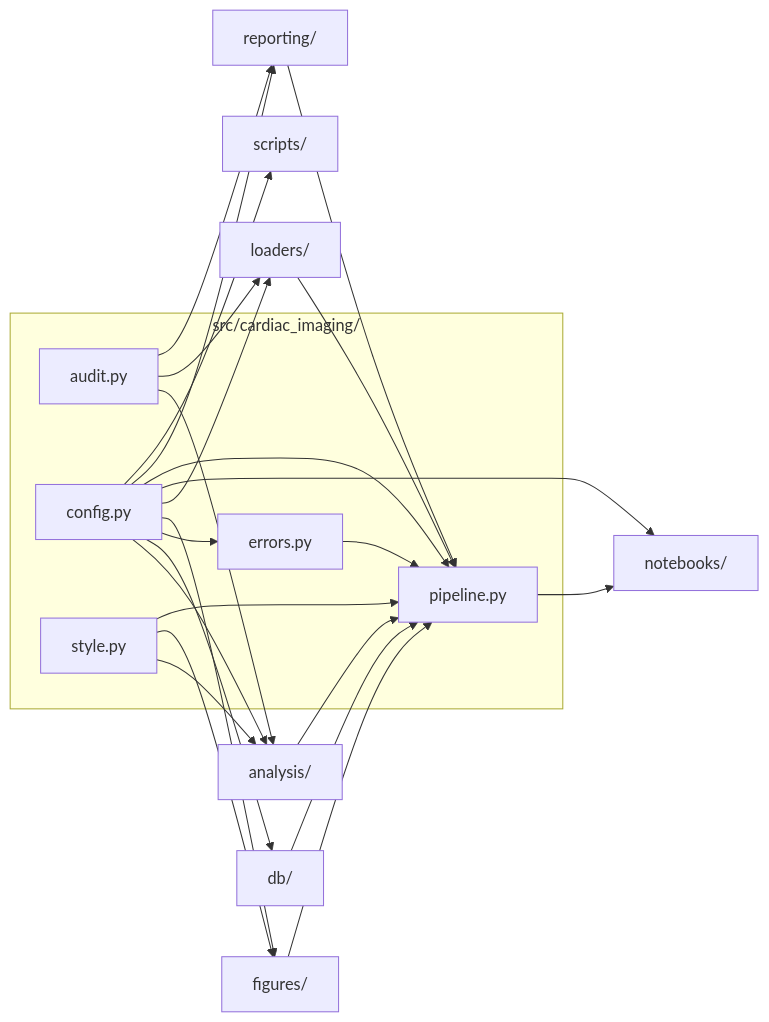
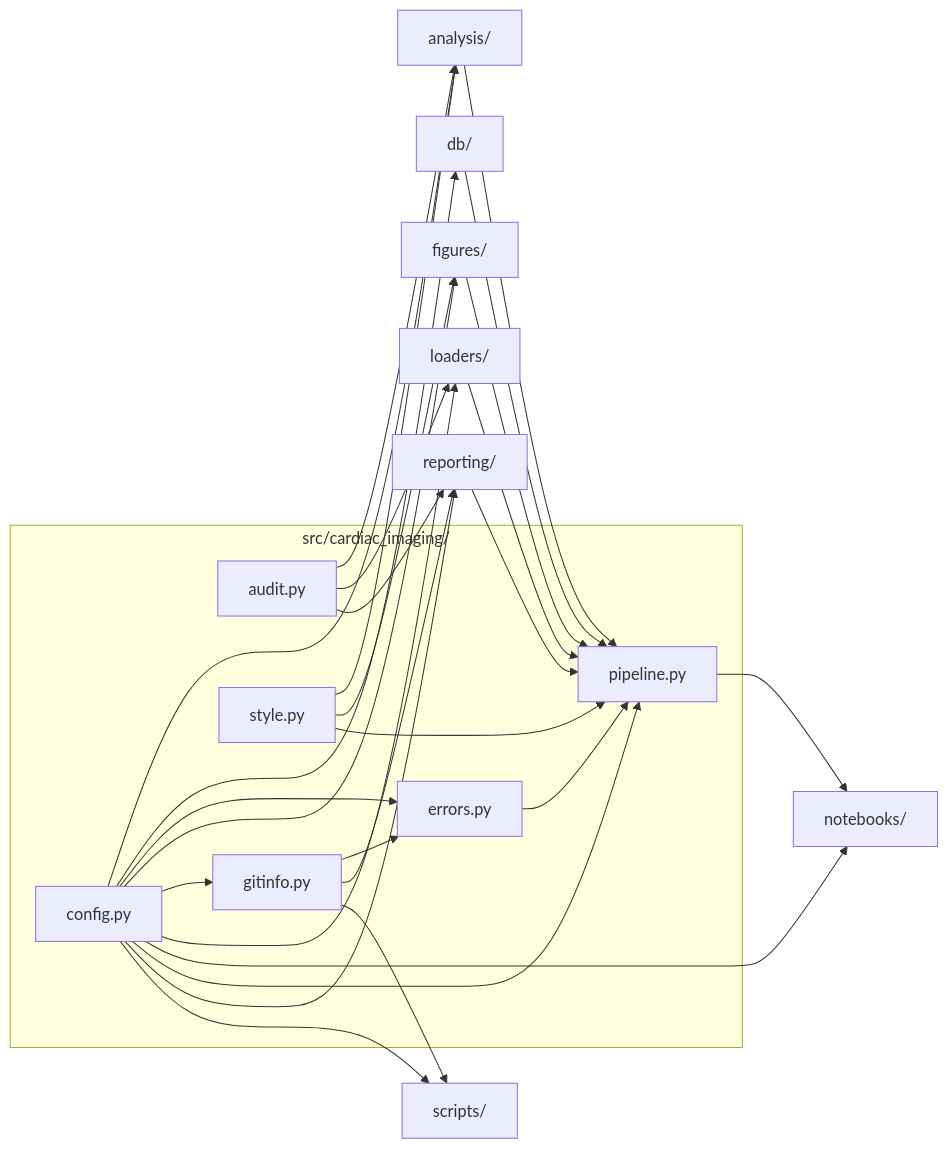
The diagram in src/cardiac_imaging/README.md (drsanjna/cardiac-imaging-medicare), drawn with Mermaid before and after one commit. The commit also changed other lines of this file and 16 other files, not shown here.

````diff
--- a/src/cardiac_imaging/README.md
+++ b/src/cardiac_imaging/README.md
@@ -11,39 +11,44 @@
 ```mermaid
 flowchart LR
   subgraph here["src/cardiac_imaging/"]
     n_audit_py["audit.py"]
     n_config_py["config.py"]
     n_errors_py["errors.py"]
+    n_gitinfo_py["gitinfo.py"]
     n_pipeline_py["pipeline.py"]
     n_style_py["style.py"]
   end
   n_analysis_["analysis/"]
   n_db_["db/"]
   n_figures_["figures/"]
   n_loaders_["loaders/"]
   n_notebooks_["notebooks/"]
   n_reporting_["reporting/"]
   n_scripts_["scripts/"]
   n_analysis_ --> n_pipeline_py
   n_audit_py --> n_analysis_
   n_audit_py --> n_loaders_
   n_audit_py --> n_reporting_
   n_config_py --> n_analysis_
   n_config_py --> n_db_
   n_config_py --> n_errors_py
   n_config_py --> n_figures_
+  n_config_py --> n_gitinfo_py
   n_config_py --> n_loaders_
   n_config_py --> n_notebooks_
   n_config_py --> n_pipeline_py
   n_config_py --> n_reporting_
   n_config_py --> n_scripts_
   n_db_ --> n_pipeline_py
   n_errors_py --> n_pipeline_py
   n_figures_ --> n_pipeline_py
+  n_gitinfo_py --> n_errors_py
+  n_gitinfo_py --> n_reporting_
+  n_gitinfo_py --> n_scripts_
   n_loaders_ --> n_pipeline_py
   n_pipeline_py --> n_notebooks_
   n_reporting_ --> n_pipeline_py
   n_style_py --> n_analysis_
   n_style_py --> n_figures_
   n_style_py --> n_pipeline_py
 ```
````
